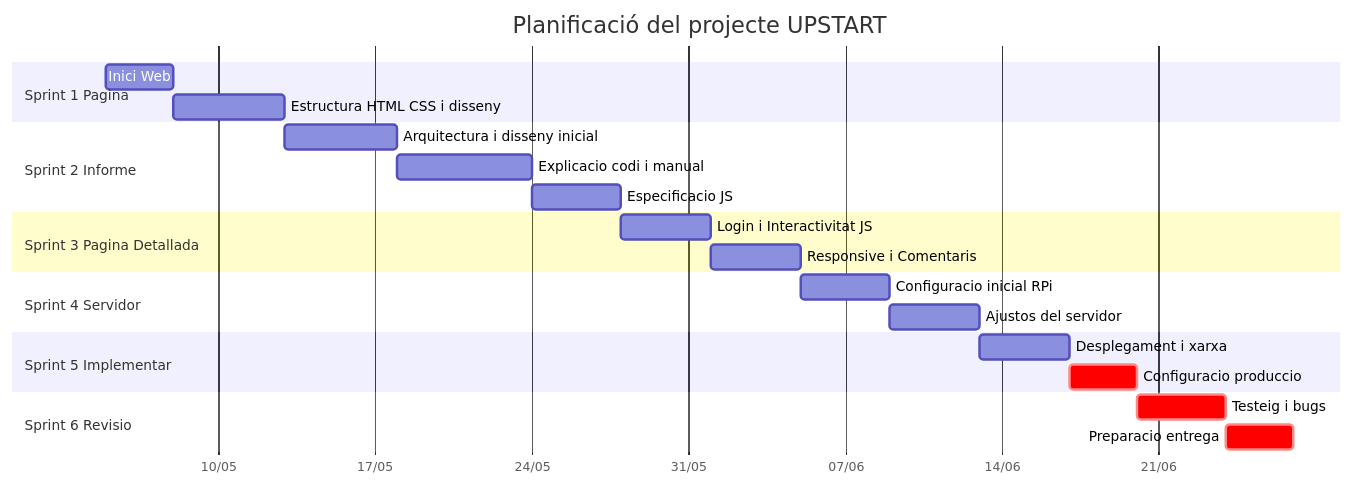
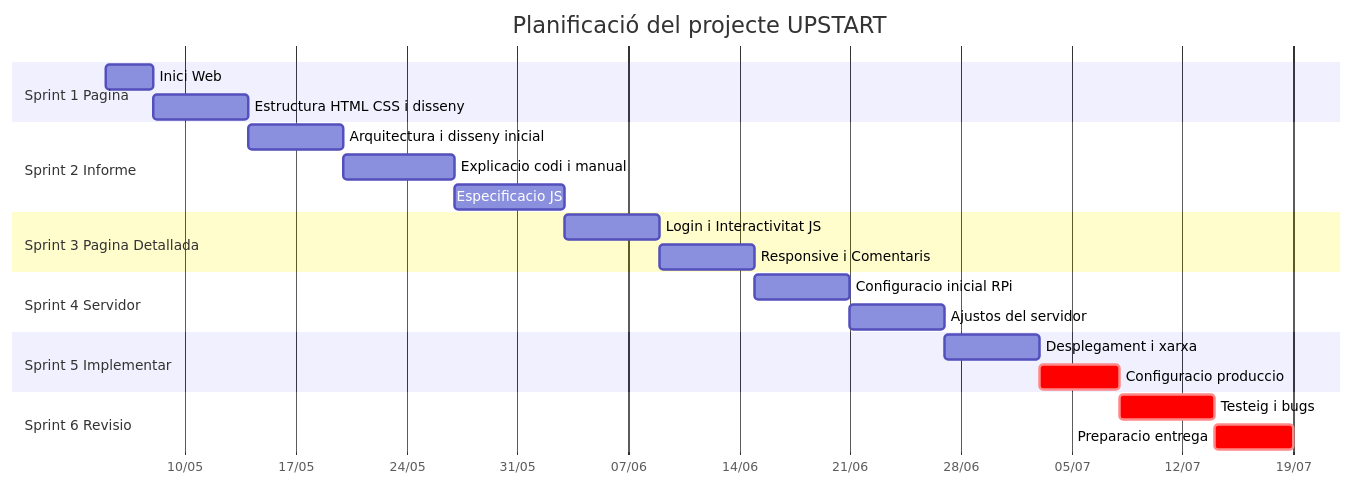
Before and after one commit to Sukhdeep777/upstart: the diagram in README.md, drawn with Mermaid.

Commit message:
sdfsdfsdf

````diff
--- a/README.md
+++ b/README.md
@@ -2,31 +2,31 @@
 ```mermaid
 gantt
     title Planificació del projecte UPSTART
     dateFormat  YYYY-MM-DD
     axisFormat  %d/%m
 
     section Sprint 1 Pagina
     Inici Web :s1t1, 2026-05-05, 3d
-    Estructura HTML CSS i disseny  :s1t2, after s1t1, 5d
+    Estructura HTML CSS i disseny  :s1t2, after s1t1, 6d
 
     section Sprint 2 Informe
-    Arquitectura i disseny inicial :s2t1, after s1t2, 5d
-    Explicacio codi i manual       :s2t2, after s2t1, 6d
-    Especificacio JS               :s2t3, after s2t2, 4d
+    Arquitectura i disseny inicial :s2t1, after s1t2, 6d
+    Explicacio codi i manual       :s2t2, after s2t1, 7d
+    Especificacio JS               :s2t3, after s2t2, 7d
 
     section Sprint 3 Pagina Detallada
-    Login i Interactivitat JS      :s3t1, after s2t3, 4d
-    Responsive i Comentaris        :s3t2, after s3t1, 4d
+    Login i Interactivitat JS      :s3t1, after s2t3, 6d
+    Responsive i Comentaris        :s3t2, after s3t1, 6d
 
     section Sprint 4 Servidor
-    Configuracio inicial RPi       :s4t1, after s3t2, 4d
-    Ajustos del servidor           :s4t2, after s4t1, 4d
+    Configuracio inicial RPi       :s4t1, after s3t2, 6d
+    Ajustos del servidor           :s4t2, after s4t1, 6d
 
     section Sprint 5 Implementar
-    Desplegament i xarxa           :s5t1, after s4t2, 4d
-    Configuracio produccio         :crit, s5t2, after s5t1, 3d
+    Desplegament i xarxa           :s5t1, after s4t2, 6d
+    Configuracio produccio         :crit, s5t2, after s5t1, 5d
 
     section Sprint 6 Revisio
-    Testeig i bugs                 :crit, s6t1, after s5t2, 4d
-    Preparacio entrega             :crit, s6t2, after s6t1, 3d
+    Testeig i bugs                 :crit, s6t1, after s5t2, 6d
+    Preparacio entrega             :crit, s6t2, after s6t1, 5d
 ```
````
